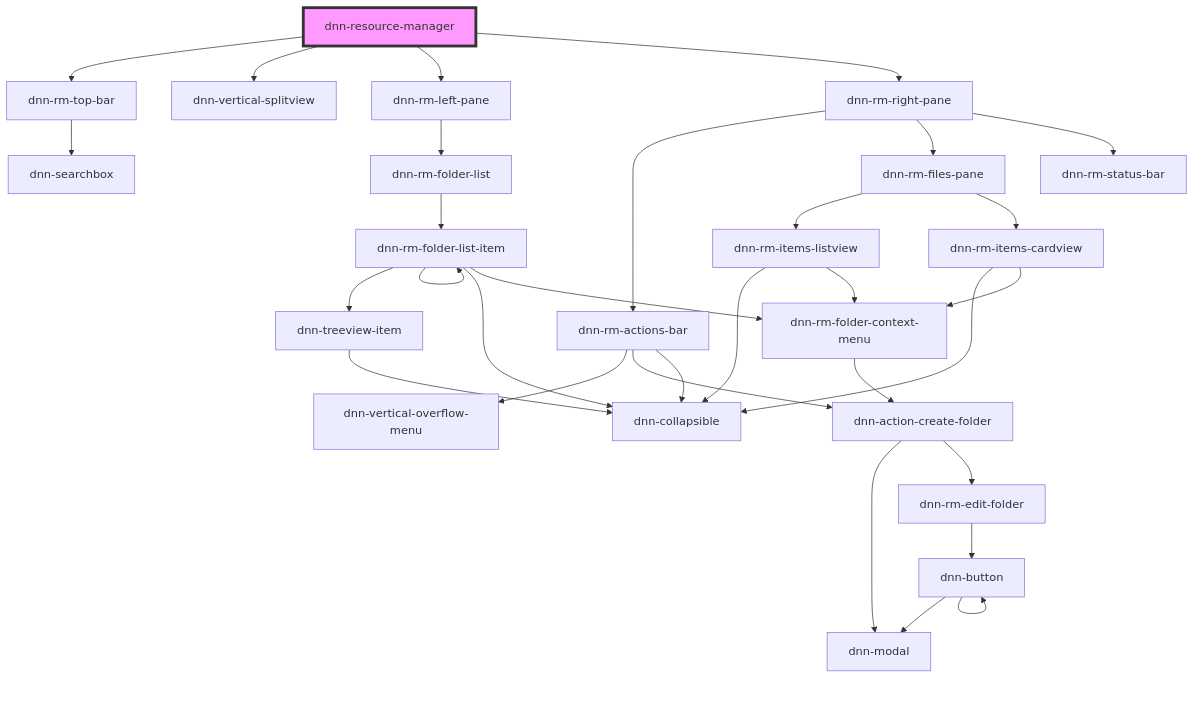
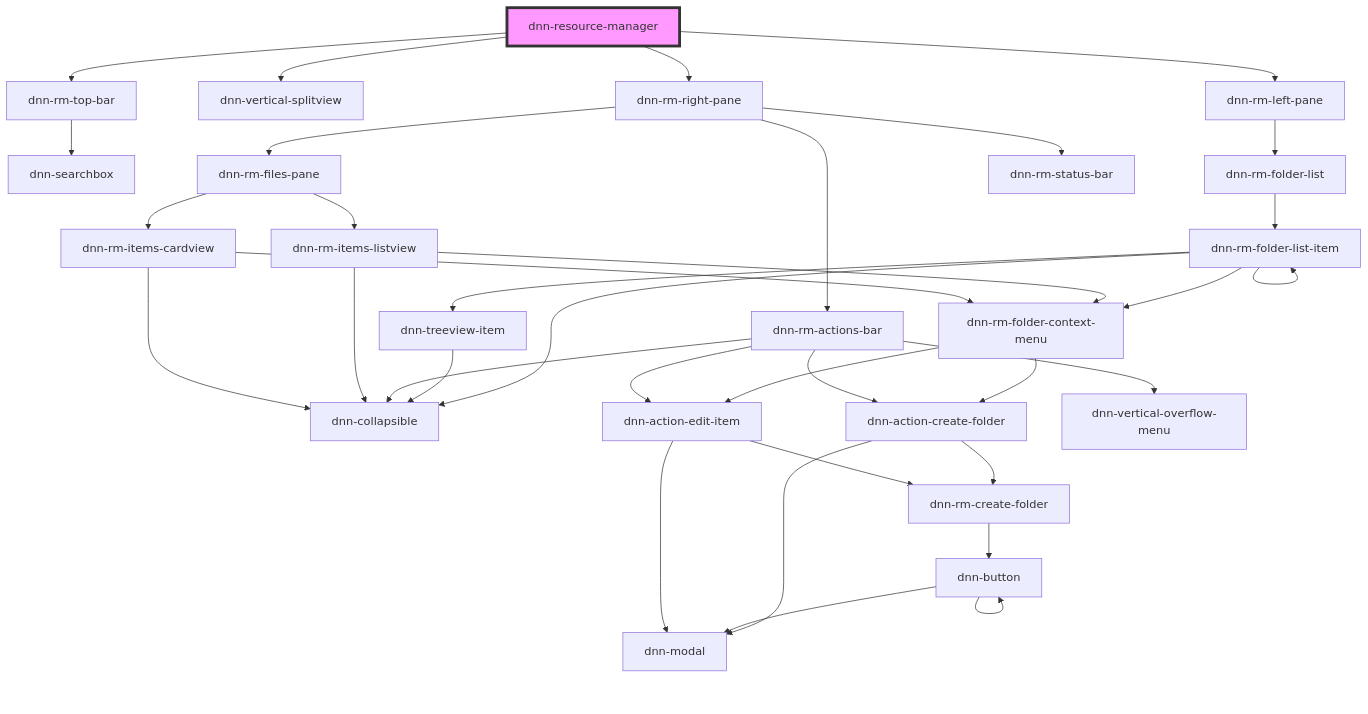
The diagram in DNN Platform/Modules/ResourceManager/ResourceManager.Web/src/components/dnn-resource-manager/readme.md (dnnsoftware/Dnn.Platform), drawn with Mermaid before and after one commit. The commit also changed 29 other files, not shown here.

````diff
--- a/DNN Platform/Modules/ResourceManager/ResourceManager.Web/src/components/dnn-resource-manager/readme.md
+++ b/DNN Platform/Modules/ResourceManager/ResourceManager.Web/src/components/dnn-resource-manager/readme.md
@@ -25,34 +25,38 @@
 ```mermaid
 graph TD;
   dnn-resource-manager --> dnn-rm-top-bar
   dnn-resource-manager --> dnn-vertical-splitview
   dnn-resource-manager --> dnn-rm-left-pane
   dnn-resource-manager --> dnn-rm-right-pane
   dnn-rm-top-bar --> dnn-searchbox
   dnn-rm-left-pane --> dnn-rm-folder-list
   dnn-rm-folder-list --> dnn-rm-folder-list-item
   dnn-rm-folder-list-item --> dnn-treeview-item
   dnn-rm-folder-list-item --> dnn-rm-folder-list-item
   dnn-rm-folder-list-item --> dnn-collapsible
   dnn-rm-folder-list-item --> dnn-rm-folder-context-menu
   dnn-treeview-item --> dnn-collapsible
   dnn-rm-folder-context-menu --> dnn-action-create-folder
+  dnn-rm-folder-context-menu --> dnn-action-edit-item
   dnn-action-create-folder --> dnn-modal
-  dnn-action-create-folder --> dnn-rm-edit-folder
-  dnn-rm-edit-folder --> dnn-button
+  dnn-action-create-folder --> dnn-rm-create-folder
+  dnn-rm-create-folder --> dnn-button
   dnn-button --> dnn-modal
   dnn-button --> dnn-button
+  dnn-action-edit-item --> dnn-modal
+  dnn-action-edit-item --> dnn-rm-create-folder
   dnn-rm-right-pane --> dnn-rm-actions-bar
   dnn-rm-right-pane --> dnn-rm-files-pane
   dnn-rm-right-pane --> dnn-rm-status-bar
   dnn-rm-actions-bar --> dnn-vertical-overflow-menu
   dnn-rm-actions-bar --> dnn-action-create-folder
+  dnn-rm-actions-bar --> dnn-action-edit-item
   dnn-rm-actions-bar --> dnn-collapsible
   dnn-rm-files-pane --> dnn-rm-items-listview
   dnn-rm-files-pane --> dnn-rm-items-cardview
   dnn-rm-items-listview --> dnn-collapsible
   dnn-rm-items-listview --> dnn-rm-folder-context-menu
   dnn-rm-items-cardview --> dnn-collapsible
   dnn-rm-items-cardview --> dnn-rm-folder-context-menu
   style dnn-resource-manager fill:#f9f,stroke:#333,stroke-width:4px
 ```
````
